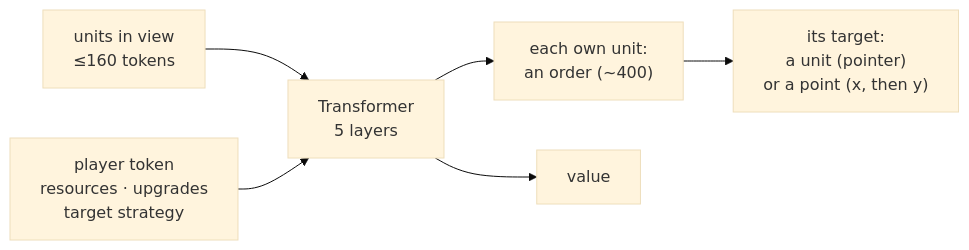
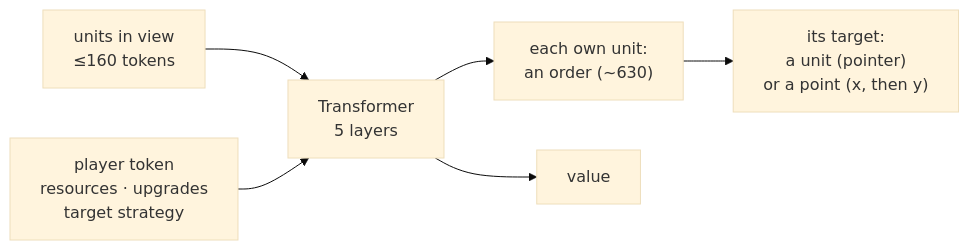
The fourth of 6 diagrams in README.md (RobinKa/warcraftsim), drawn with Mermaid (base theme) before and after one commit. The commit also changed other lines of this file and 7 other files, not shown here.

````diff
--- a/README.md
+++ b/README.md
@@ -50,8 +60,8 @@
 ```mermaid
 flowchart LR
   U["units in view<br/>≤160 tokens"] --> T["Transformer<br/>5 layers"]
   P["player token<br/>resources · upgrades<br/>target strategy"] --> T
-  T --> O["each own unit:<br/>an order (~400)"]
+  T --> O["each own unit:<br/>an order (~630)"]
   O --> X["its target:<br/>a unit (pointer)<br/>or a point (x, then y)"]
   T --> V["value"]
 ```
````
